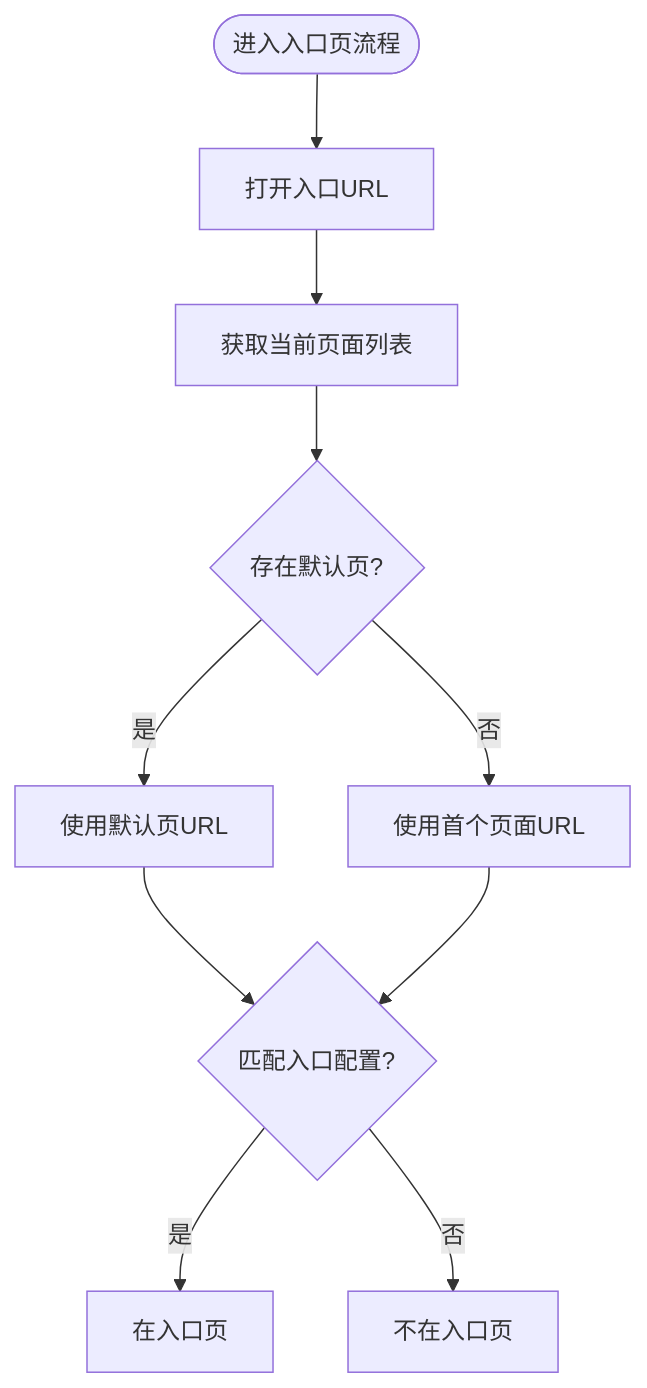
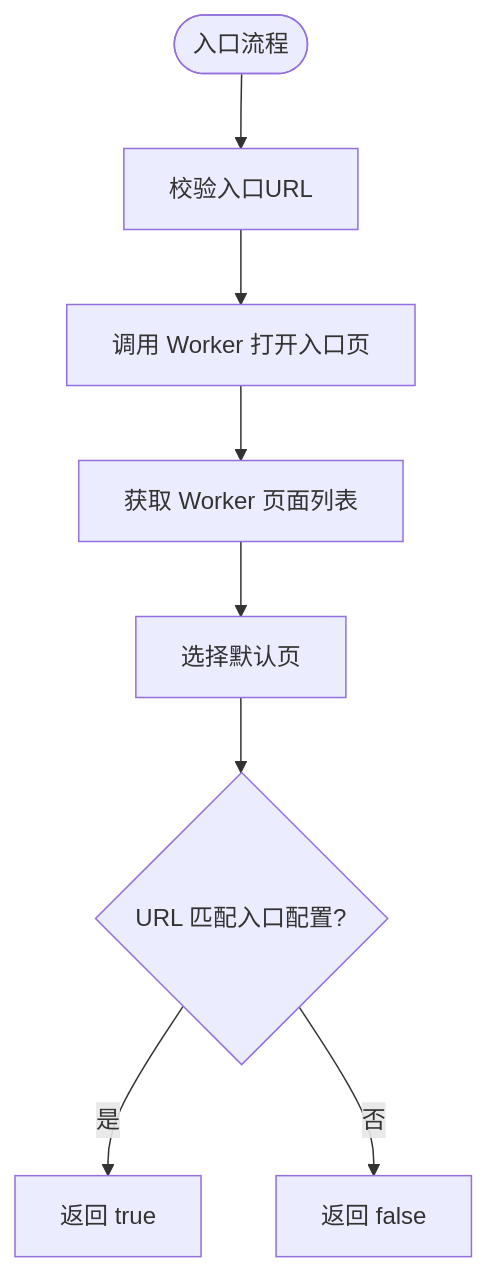
Before and after one commit to alvinwangzi/goodhr: the third of 8 diagrams in .qoder/repowiki/zh/content/本地执行器/平台适配器/智联招聘适配器/智联招聘适配器.md, drawn with Mermaid. The commit also changed other lines of this file and 149 other files, not shown here.

````diff
--- a/.qoder/repowiki/zh/content/本地执行器/平台适配器/智联招聘适配器/智联招聘适配器.md
+++ b/.qoder/repowiki/zh/content/本地执行器/平台适配器/智联招聘适配器/智联招聘适配器.md
@@ -133,12 +151,10 @@
 ```mermaid
 flowchart TD
-Start(["进入入口页流程"]) --> Open["打开入口URL"]
-Open --> ListPages["获取当前页面列表"]
-ListPages --> DefaultPage{"存在默认页?"}
-DefaultPage --> |是| UseDefault["使用默认页URL"]
-DefaultPage --> |否| FirstPage["使用首个页面URL"]
-UseDefault --> Match{"匹配入口配置?"}
-FirstPage --> Match
-Match --> |是| InEntry["在入口页"]
-Match --> |否| NotInEntry["不在入口页"]
+Start(["入口流程"]) --> CheckURL["校验入口URL"]
+CheckURL --> OpenPage["调用 Worker 打开入口页"]
+OpenPage --> GetPages["获取 Worker 页面列表"]
+GetPages --> DefaultPage["选择默认页"]
+DefaultPage --> MatchEntry{"URL 匹配入口配置?"}
+MatchEntry --> |是| IsEntry["返回 true"]
+MatchEntry --> |否| NotEntry["返回 false"]
 ```
````
